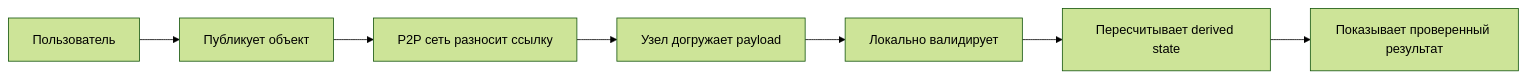
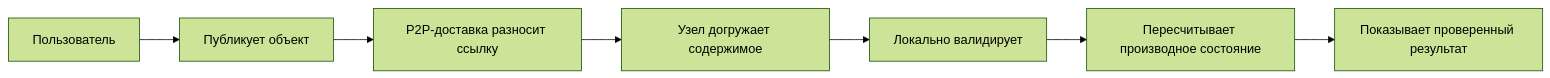
Before and after one commit to arshtanko/librevote: the first of 17 diagrams in librevote-presentation-ru.md, drawn with Mermaid (forest theme). The commit also changed other lines of this file, not shown here.

````diff
--- a/librevote-presentation-ru.md
+++ b/librevote-presentation-ru.md
@@ -17,9 +29,9 @@
 ```mermaid
 flowchart LR
   A[Пользователь] --> B[Публикует объект]
-  B --> C[P2P сеть разносит ссылку]
-  C --> D[Узел догружает payload]
+  B --> C[P2P-доставка разносит ссылку]
+  C --> D[Узел догружает содержимое]
   D --> E[Локально валидирует]
-  E --> F[Пересчитывает derived state]
+  E --> F[Пересчитывает производное состояние]
   F --> G[Показывает проверенный результат]
 ```
````
